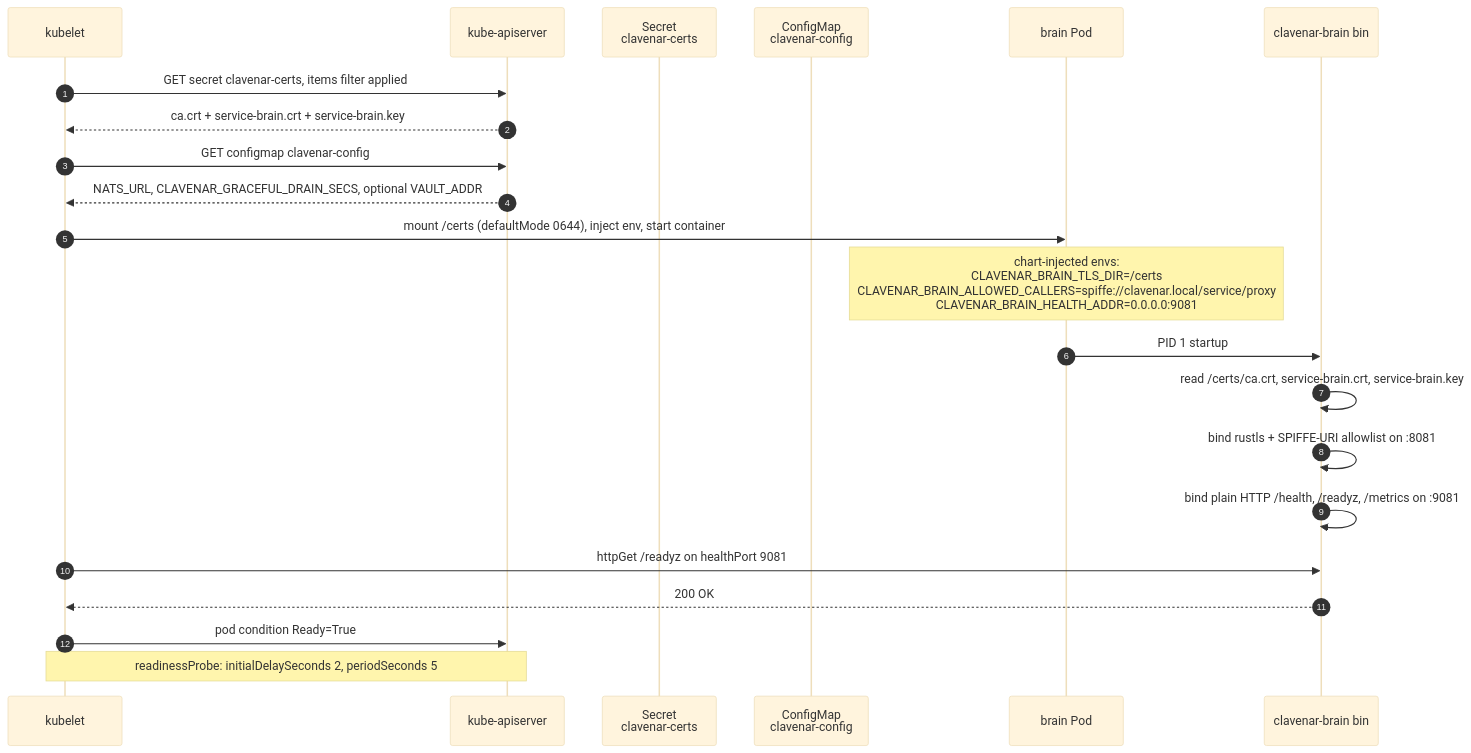
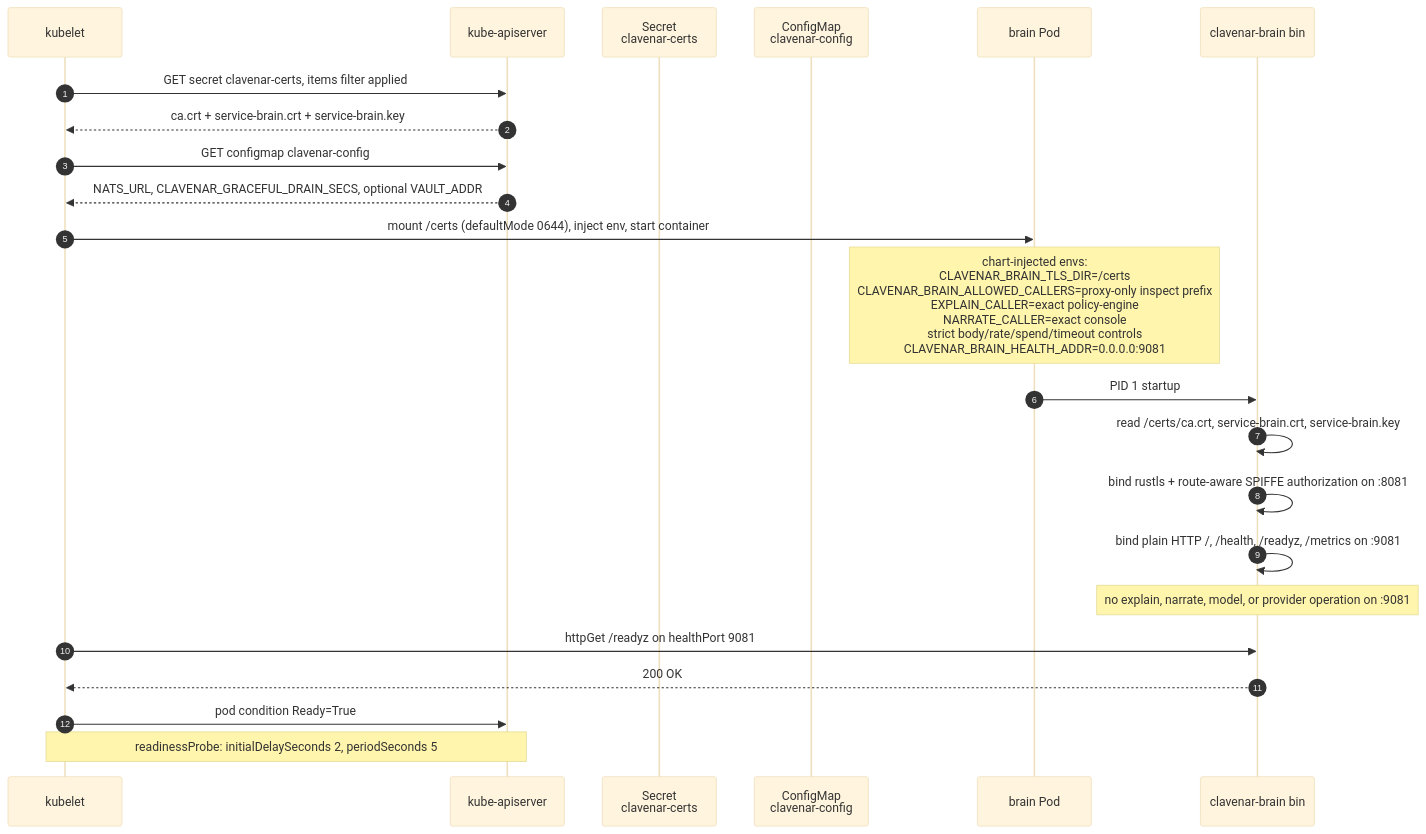
The second of 8 diagrams in docs/SEQUENCES.md (clavenar/clavenar-charts), drawn with Mermaid (base theme) before and after one commit. The commit also changed other lines of this file and 14 other files, not shown here.

````diff
--- a/docs/SEQUENCES.md
+++ b/docs/SEQUENCES.md
@@ -67,28 +67,29 @@
 ```mermaid
 sequenceDiagram
     autonumber
     participant Kube as kubelet
     participant API as kube-apiserver
     participant Sec as Secret<br/>clavenar-certs
     participant CM as ConfigMap<br/>clavenar-config
     participant Pod as brain Pod
     participant Brain as clavenar-brain bin
 
     Kube->>API: GET secret clavenar-certs, items filter applied
     API-->>Kube: ca.crt + service-brain.crt + service-brain.key
     Kube->>API: GET configmap clavenar-config
     API-->>Kube: NATS_URL, CLAVENAR_GRACEFUL_DRAIN_SECS, optional VAULT_ADDR
     Kube->>Pod: mount /certs (defaultMode 0644), inject env, start container
 
-    Note over Pod: chart-injected envs:<br/>CLAVENAR_BRAIN_TLS_DIR=/certs<br/>CLAVENAR_BRAIN_ALLOWED_CALLERS=spiffe://clavenar.local/service/proxy<br/>CLAVENAR_BRAIN_HEALTH_ADDR=0.0.0.0:9081
+    Note over Pod: chart-injected envs:<br/>CLAVENAR_BRAIN_TLS_DIR=/certs<br/>CLAVENAR_BRAIN_ALLOWED_CALLERS=proxy-only inspect prefix<br/>EXPLAIN_CALLER=exact policy-engine<br/>NARRATE_CALLER=exact console<br/>strict body/rate/spend/timeout controls<br/>CLAVENAR_BRAIN_HEALTH_ADDR=0.0.0.0:9081
 
     Pod->>Brain: PID 1 startup
     Brain->>Brain: read /certs/ca.crt, service-brain.crt, service-brain.key
-    Brain->>Brain: bind rustls + SPIFFE-URI allowlist on :8081
-    Brain->>Brain: bind plain HTTP /health, /readyz, /metrics on :9081
+    Brain->>Brain: bind rustls + route-aware SPIFFE authorization on :8081
+    Brain->>Brain: bind plain HTTP /, /health, /readyz, /metrics on :9081
+    Note over Brain: no explain, narrate, model, or provider operation on :9081
 
     Kube->>Brain: httpGet /readyz on healthPort 9081
     Brain-->>Kube: 200 OK
     Kube->>API: pod condition Ready=True
     Note over Kube,API: readinessProbe: initialDelaySeconds 2, periodSeconds 5
 ```
````
